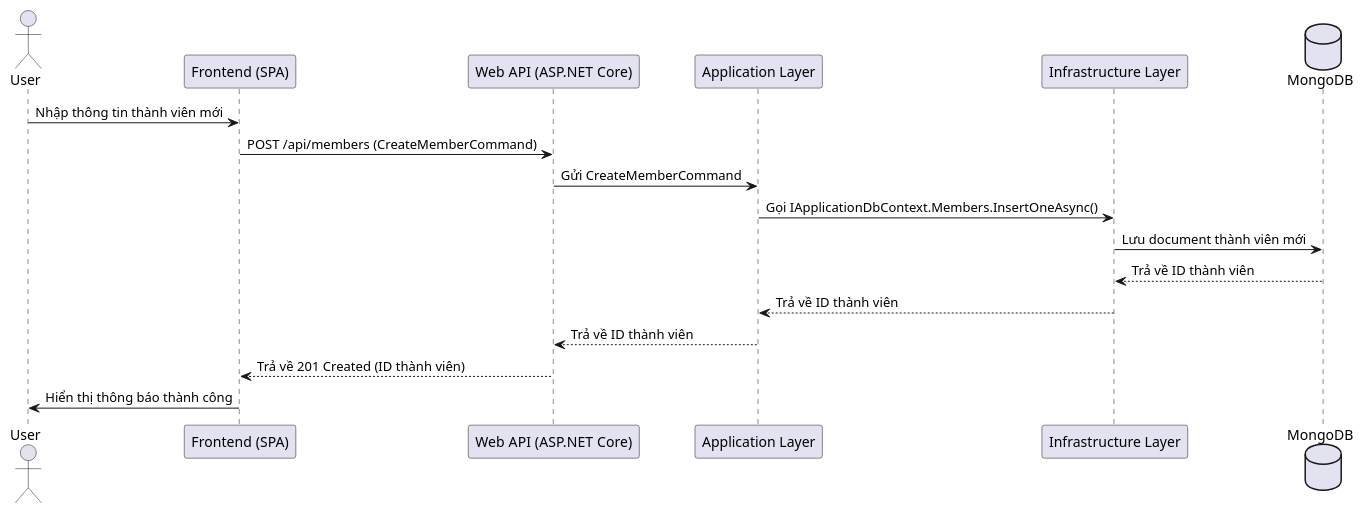
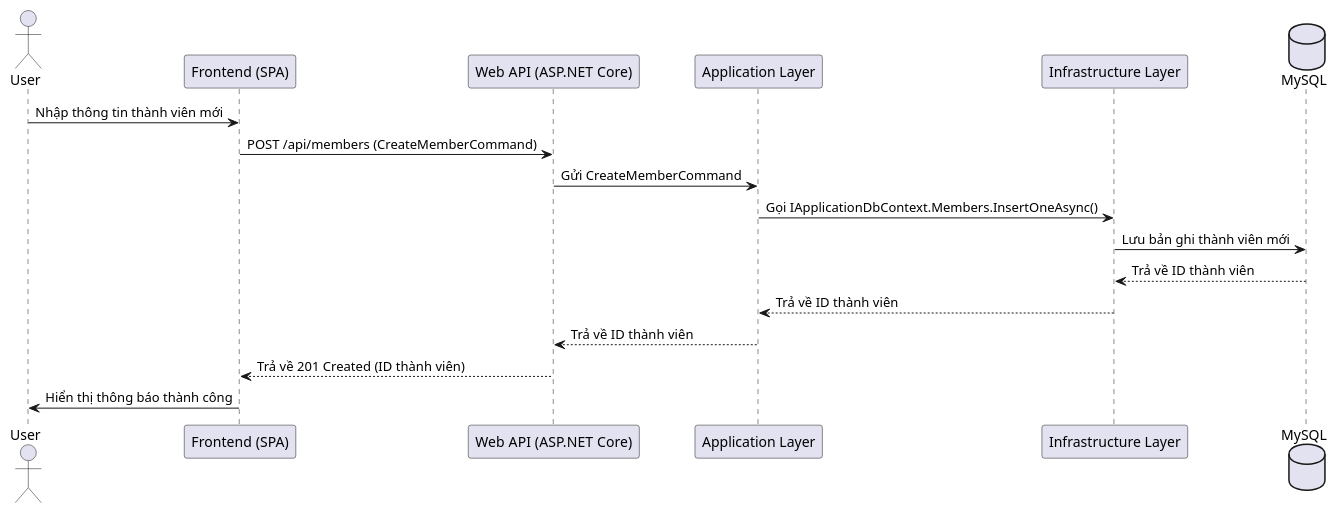
The second of 4 diagrams in docs/2_technical/system_design.md (hkthao/family-tree-3), drawn with PlantUML before and after one commit. The commit also changed other lines of this file and 66 other files, not shown here.

````diff
--- a/docs/2_technical/system_design.md
+++ b/docs/2_technical/system_design.md
@@ -102,21 +103,21 @@
 ```plantuml
 @startuml
 actor User
 participant "Frontend (SPA)" as Frontend
 participant "Web API (ASP.NET Core)" as API
 participant "Application Layer" as Application
 participant "Infrastructure Layer" as Infrastructure
-database "MongoDB" as DB
+database "MySQL" as DB
 
 User -> Frontend: Nhập thông tin thành viên mới
 Frontend -> API: POST /api/members (CreateMemberCommand)
 API -> Application: Gửi CreateMemberCommand
 Application -> Infrastructure: Gọi IApplicationDbContext.Members.InsertOneAsync()
-Infrastructure -> DB: Lưu document thành viên mới
+Infrastructure -> DB: Lưu bản ghi thành viên mới
 DB --> Infrastructure: Trả về ID thành viên
 Infrastructure --> Application: Trả về ID thành viên
 Application --> API: Trả về ID thành viên
 API --> Frontend: Trả về 201 Created (ID thành viên)
 Frontend -> User: Hiển thị thông báo thành công
 @enduml
 ```
````
